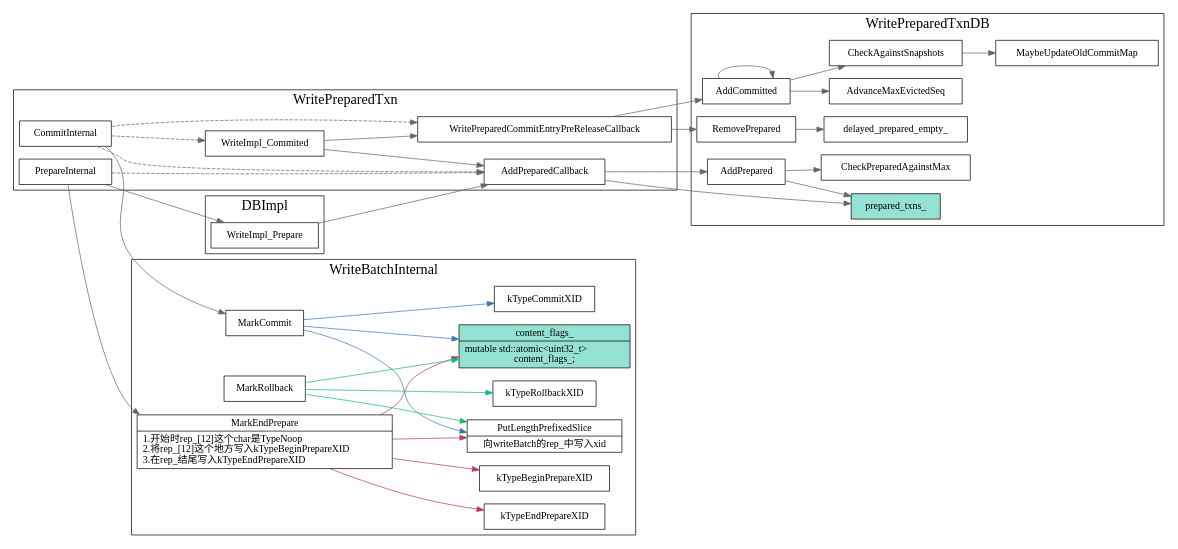
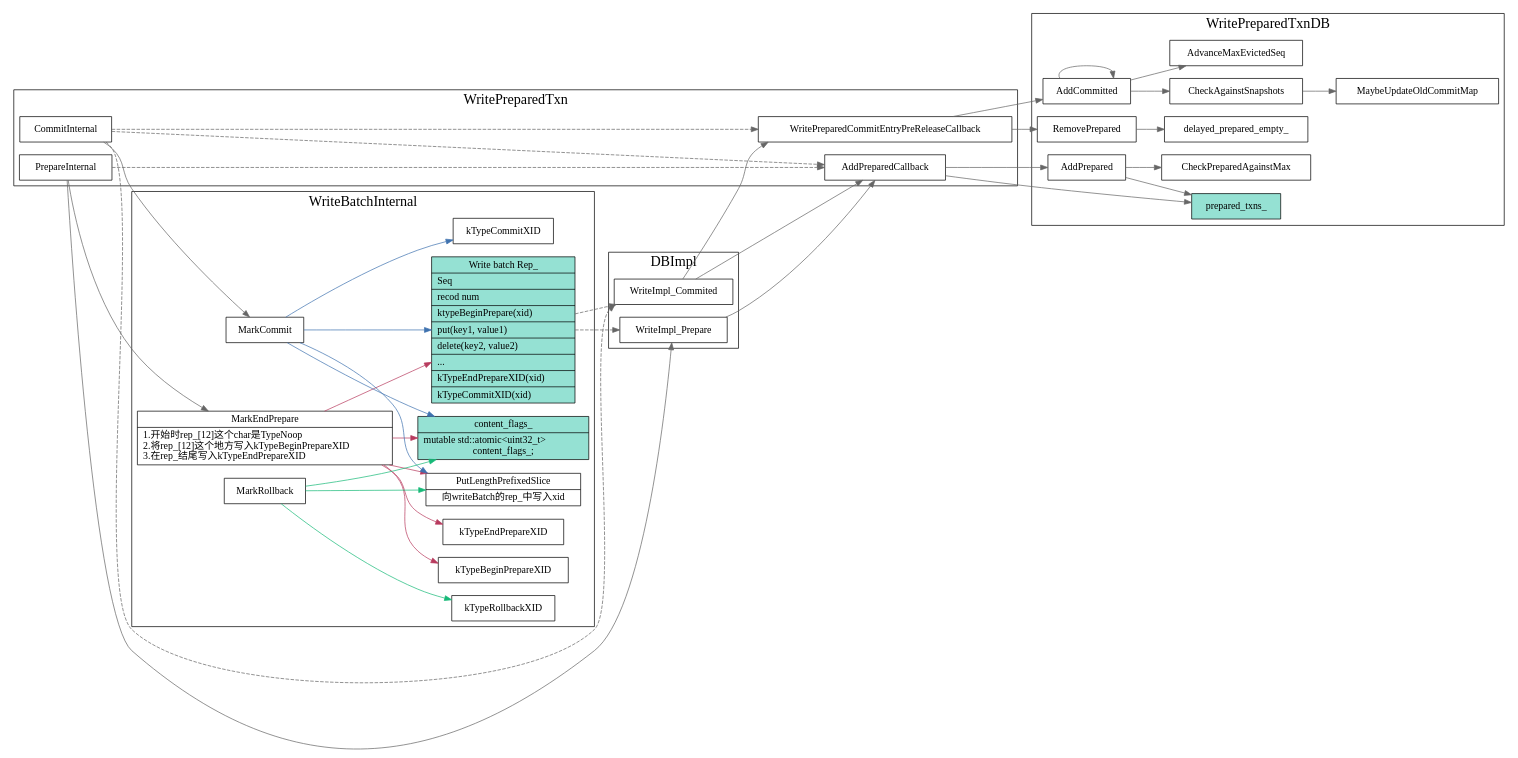
The diagram in src/rocksdb/two-phase-commit-write-preparedtxn.dot (xieyu/blog), drawn with Graphviz before and after one commit. The commit also changed 7 other files, not shown here.

```diff
--- a/src/rocksdb/two-phase-commit-write-preparedtxn.dot
+++ b/src/rocksdb/two-phase-commit-write-preparedtxn.dot
@@ -1,120 +1,145 @@
 digraph write_prepared_txn {
   node[shape=box];
   edge[color=gray40];
   newrank=true;
   rankdir=LR;
 
   subgraph cluster_DBImpl {
     graph[label="DBImpl";fontsize=20;];
     WriteImpl_Prepare;
+    WriteImpl_Commited;
   }
+
+  WAL_REP -> {
+    WriteImpl_Commited;
+    WriteImpl_Prepare;
+  }[style=dashed];
 
   subgraph cluster_WriteBatchInternal {
     graph[label="WriteBatchInternal";fontsize=20;];
     MarkEndPrepare[
       shape="record"
       label="{{
         MarkEndPrepare|
         1.开始时rep_[12]这个char是TypeNoop\l
         2.将rep_[12]这个地方写入kTypeBeginPrepareXID\l
         3.在rep_结尾写入kTypeEndPrepareXID\l
       }}"
     ];
     MarkEndPrepare -> {
       kTypeBeginPrepareXID;
       kTypeEndPrepareXID;
       PutLengthPrefixedSlice;
       content_flags_;
+      WAL_REP;
     }[color="#b83b5e"];
 
     MarkCommit -> {
       kTypeCommitXID;
       PutLengthPrefixedSlice;
       content_flags_;
+      WAL_REP;
     }[color="#3f72af"];
 
     MarkRollback -> {
       kTypeRollbackXID;
       PutLengthPrefixedSlice;
       content_flags_;
     }[color="#17b978"];
 
     content_flags_[
       shape="record";
       fillcolor="#95e1d3"
       style=filled;
       label="{{
         content_flags_|
           mutable std::atomic\<uint32_t\>\l content_flags_;
       }}"
     ];
     PutLengthPrefixedSlice[
       shape="record"
       label="{{
         PutLengthPrefixedSlice|
         向writeBatch的rep_中写入xid
       }}"
+    ];
+
+    WAL_REP[
+      shape="record";
+      fillcolor="#95e1d3"
+      style=filled;
+      label="{{
+        Write batch Rep_|
+          Seq\l|
+          recod num \l|
+          ktypeBeginPrepare(xid)\l|
+          put(key1, value1)\l|
+          delete(key2, value2)\l|
+          ...\l|
+          kTypeEndPrepareXID(xid)\l|
+          <commit> kTypeCommitXID(xid)\l
+      }}";
     ];
   }
   subgraph cluster_WritePreparedTxnDB {
     graph[label="WritePreparedTxnDB";fontsize=20;];
     AddPrepared -> {
       prepared_txns_;
       CheckPreparedAgainstMax;
     }
     prepared_txns_[
       shape="record";
       fillcolor="#95e1d3"
       style=filled;
       label="{{
         prepared_txns_
       }}"
     ];
 
 
     AddCommitted -> {
       CheckAgainstSnapshots;
       AddCommitted;
       AdvanceMaxEvictedSeq;
     }
     RemovePrepared -> {
       delayed_prepared_empty_;
     }
 
     CheckAgainstSnapshots -> {
       MaybeUpdateOldCommitMap;
     }
   }
   subgraph cluster_WritePreparedTxn {
     graph[label="WritePreparedTxn";fontsize=20;];
     PrepareInternal -> {
       MarkEndPrepare;
       WriteImpl_Prepare;
     }
     PrepareInternal -> AddPreparedCallback[style=dashed];
     WriteImpl_Prepare -> AddPreparedCallback;
     AddPreparedCallback -> {
       AddPrepared;
       prepared_txns_;
     }
 
 
     CommitInternal -> {
       MarkCommit;
     }
     CommitInternal -> {
       WritePreparedCommitEntryPreReleaseCallback;
       AddPreparedCallback;
       WriteImpl_Commited;
     }[style=dashed];
 
     WriteImpl_Commited -> {
       WritePreparedCommitEntryPreReleaseCallback;
       AddPreparedCallback;
     }
     WritePreparedCommitEntryPreReleaseCallback -> {
       AddCommitted;
       RemovePrepared;
     }
   }
 }
```
